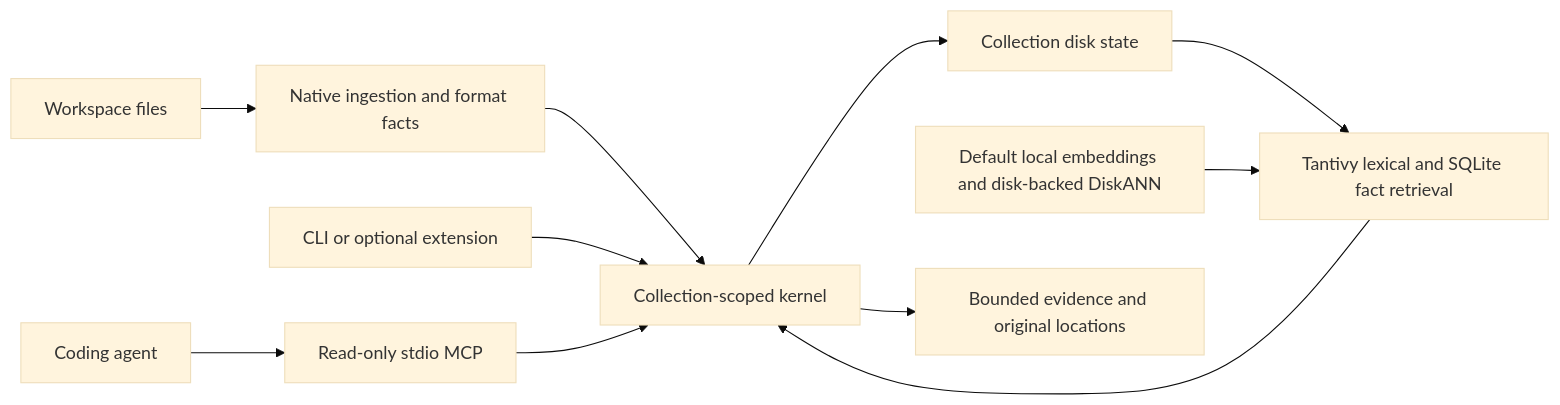
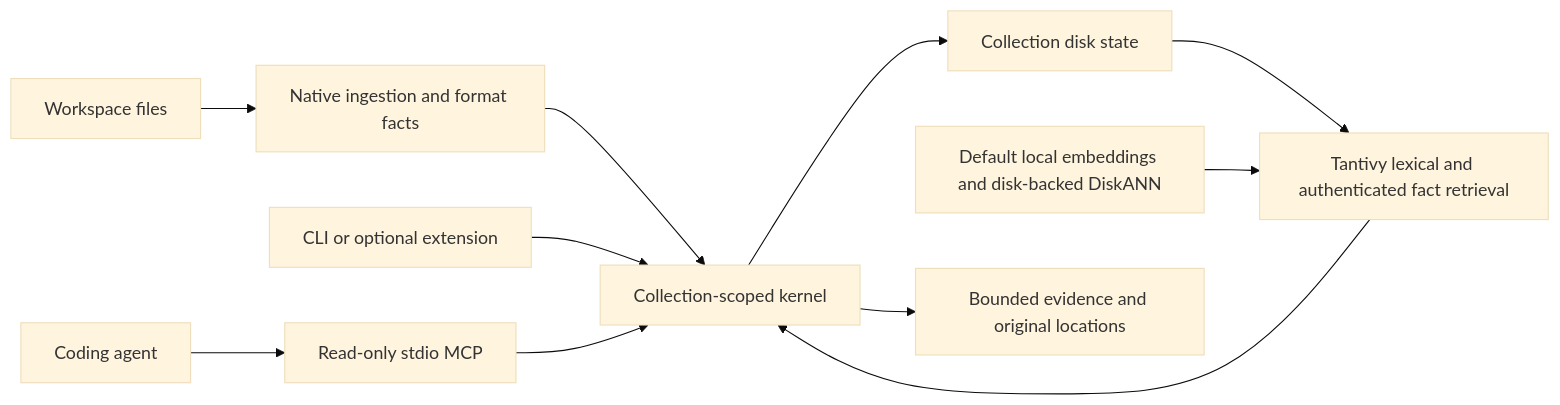
One commit to iokaio/airk changed the diagram in docs/architecture.md. Above: the diagram before and after it, drawn with Mermaid (base theme). The commit also changed other lines of this file and 174 other files, not shown here.

```diff
--- a/docs/architecture.md
+++ b/docs/architecture.md
@@ -7,13 +7,13 @@
 ~~~mermaid
 flowchart LR
   W[Workspace files] --> I[Native ingestion and format facts]
   I --> K[Collection-scoped kernel]
   K --> S[Collection disk state]
-  S --> R[Tantivy lexical and SQLite fact retrieval]
+  S --> R[Tantivy lexical and authenticated fact retrieval]
   V[Default local embeddings and disk-backed DiskANN] --> R
   C[CLI or optional extension] --> K
   A[Coding agent] --> M[Read-only stdio MCP]
   M --> K
   R --> K
   K --> E[Bounded evidence and original locations]
 ~~~
```
